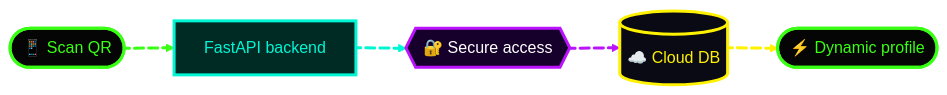
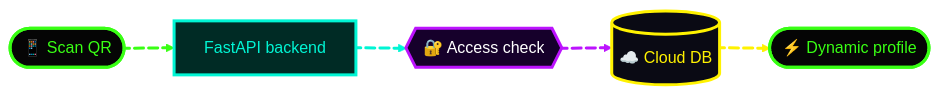
The fifth of 8 diagrams in README.md (priyanshi17112007/priyanshi17112007), drawn with Mermaid before and after one commit. The commit also changed other lines of this file, not shown here.

````diff
--- a/README.md
+++ b/README.md
@@ -271,20 +279,20 @@
 ```mermaid
 %%{init: {'theme':'base','themeVariables':{'background':'#050505','primaryColor':'#0a0a14','primaryTextColor':'#39FF14','primaryBorderColor':'#39FF14','lineColor':'#39FF14','fontFamily':'monospace'},'flowchart':{'curve':'basis'}}}%%
 flowchart LR
     QR([📱 Scan QR]):::n1 e1@==> F[FastAPI backend]:::n2
-    F e2@==> AUTH{{🔐 Secure access}}:::n3
+    F e2@==> AUTH{{🔐 Access check}}:::n3
     AUTH e3@==> DB[(☁️ Cloud DB)]:::n4
     DB e4@==> P([⚡ Dynamic profile]):::n1
     e1@{ animate: true, animation: fast }
     e2@{ animate: true, animation: fast }
     e3@{ animate: true, animation: fast }
     e4@{ animate: true, animation: fast }
     classDef n1 fill:#050505,stroke:#39FF14,stroke-width:3px,color:#39FF14;
     classDef n2 fill:#002B25,stroke:#00F5D4,stroke-width:3px,color:#00F5D4;
     classDef n3 fill:#16002B,stroke:#BC13FE,stroke-width:3px,color:#fff;
     classDef n4 fill:#0a0a14,stroke:#fff200,stroke-width:3px,color:#fff200;
     linkStyle 0 stroke:#39FF14,stroke-width:3px;
     linkStyle 1 stroke:#00F5D4,stroke-width:3px;
     linkStyle 2 stroke:#BC13FE,stroke-width:3px;
     linkStyle 3 stroke:#fff200,stroke-width:3px;
 ```
````
